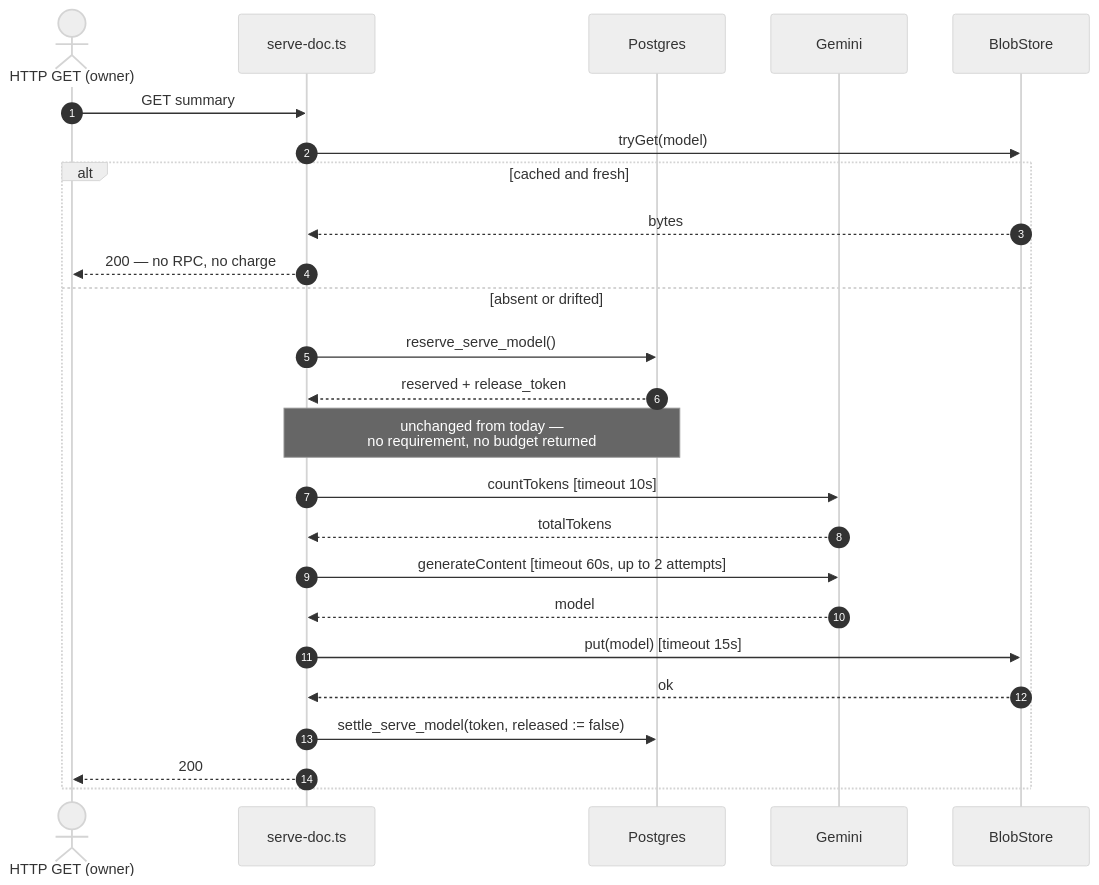
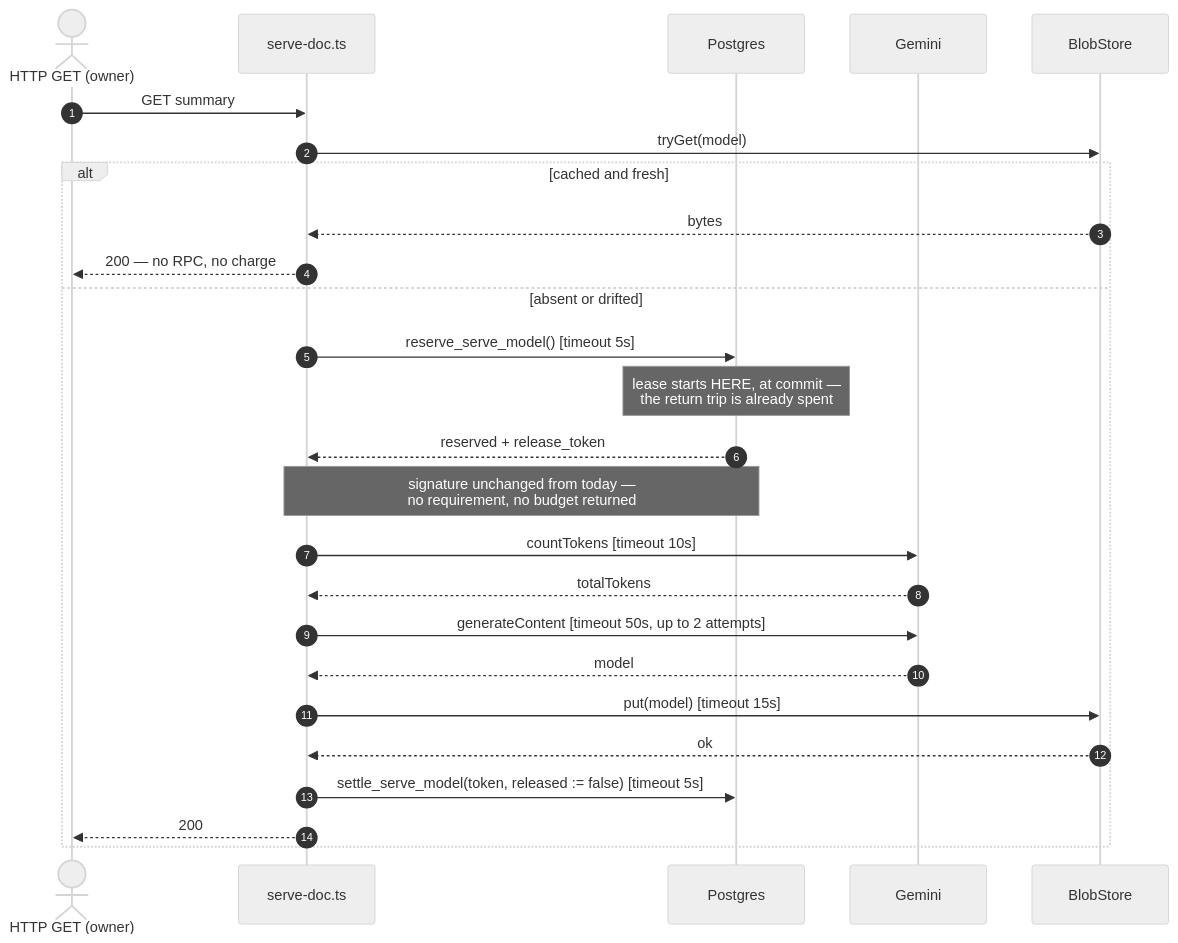
The second of 3 diagrams in docs/superpowers/specs/2026-08-10-serve-path-deadline-design.md (kujinlee/youtube-playlist-summaries-cloud), drawn with Mermaid (neutral theme) before and after one commit. The commit also changed other lines of this file and 1 other file, not shown here.

````diff
--- a/docs/superpowers/specs/2026-08-10-serve-path-deadline-design.md
+++ b/docs/superpowers/specs/2026-08-10-serve-path-deadline-design.md
@@ -261,28 +334,29 @@
 ```mermaid
 sequenceDiagram
     autonumber
     actor U as HTTP GET (owner)
     participant S as serve-doc.ts
     participant DB as Postgres
     participant G as Gemini
     participant B as BlobStore
 
     U->>S: GET summary
     S->>B: tryGet(model)
     alt cached and fresh
         B-->>S: bytes
         S-->>U: 200 — no RPC, no charge
     else absent or drifted
-        S->>DB: reserve_serve_model()
+        S->>DB: reserve_serve_model() [timeout 5s]
+        Note over DB: lease starts HERE, at commit —<br/>the return trip is already spent
         DB-->>S: reserved + release_token
-        Note over S,DB: unchanged from today —<br/>no requirement, no budget returned
+        Note over S,DB: signature unchanged from today —<br/>no requirement, no budget returned
         S->>G: countTokens [timeout 10s]
         G-->>S: totalTokens
-        S->>G: generateContent [timeout 60s, up to 2 attempts]
+        S->>G: generateContent [timeout 50s, up to 2 attempts]
         G-->>S: model
         S->>B: put(model) [timeout 15s]
         B-->>S: ok
-        S->>DB: settle_serve_model(token, released := false)
+        S->>DB: settle_serve_model(token, released := false) [timeout 5s]
         S-->>U: 200
     end
 ```
````
